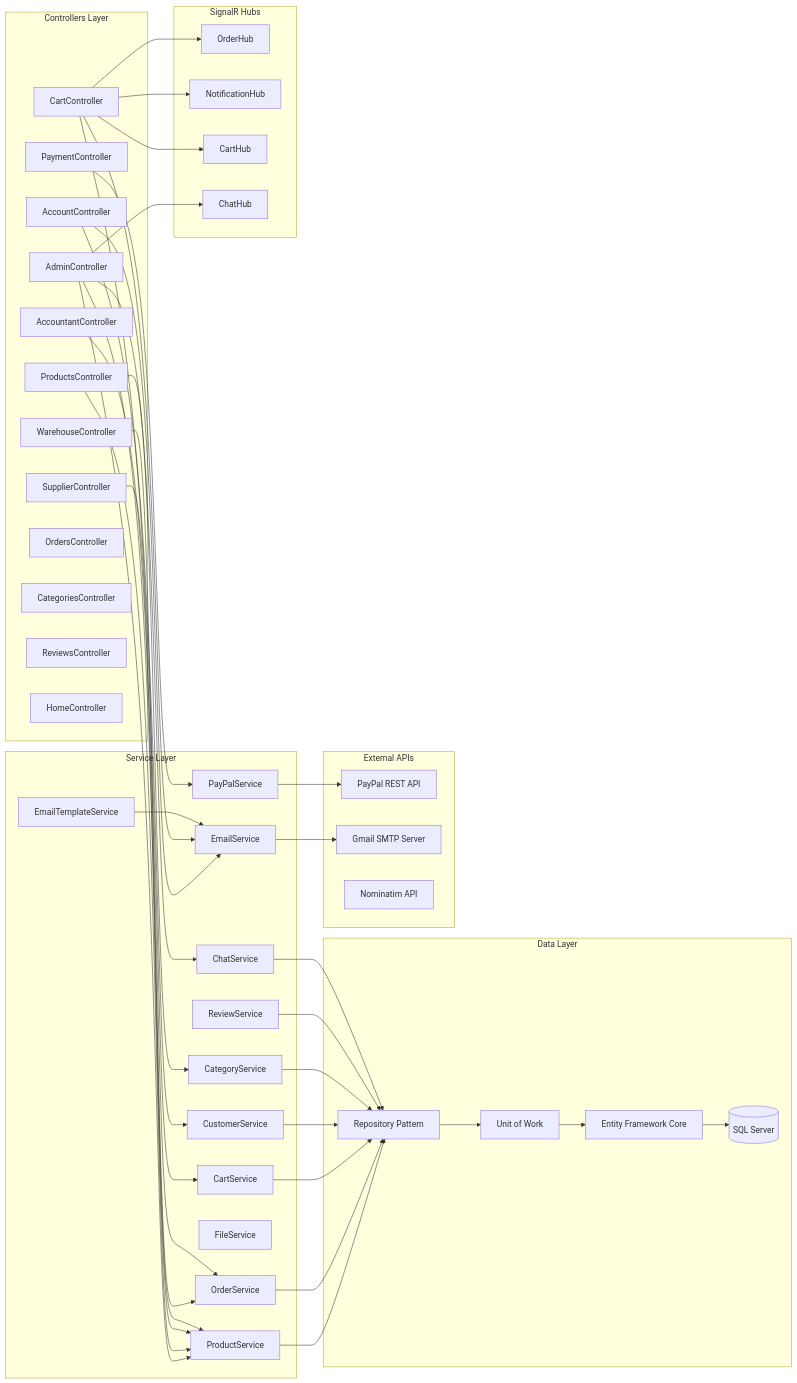
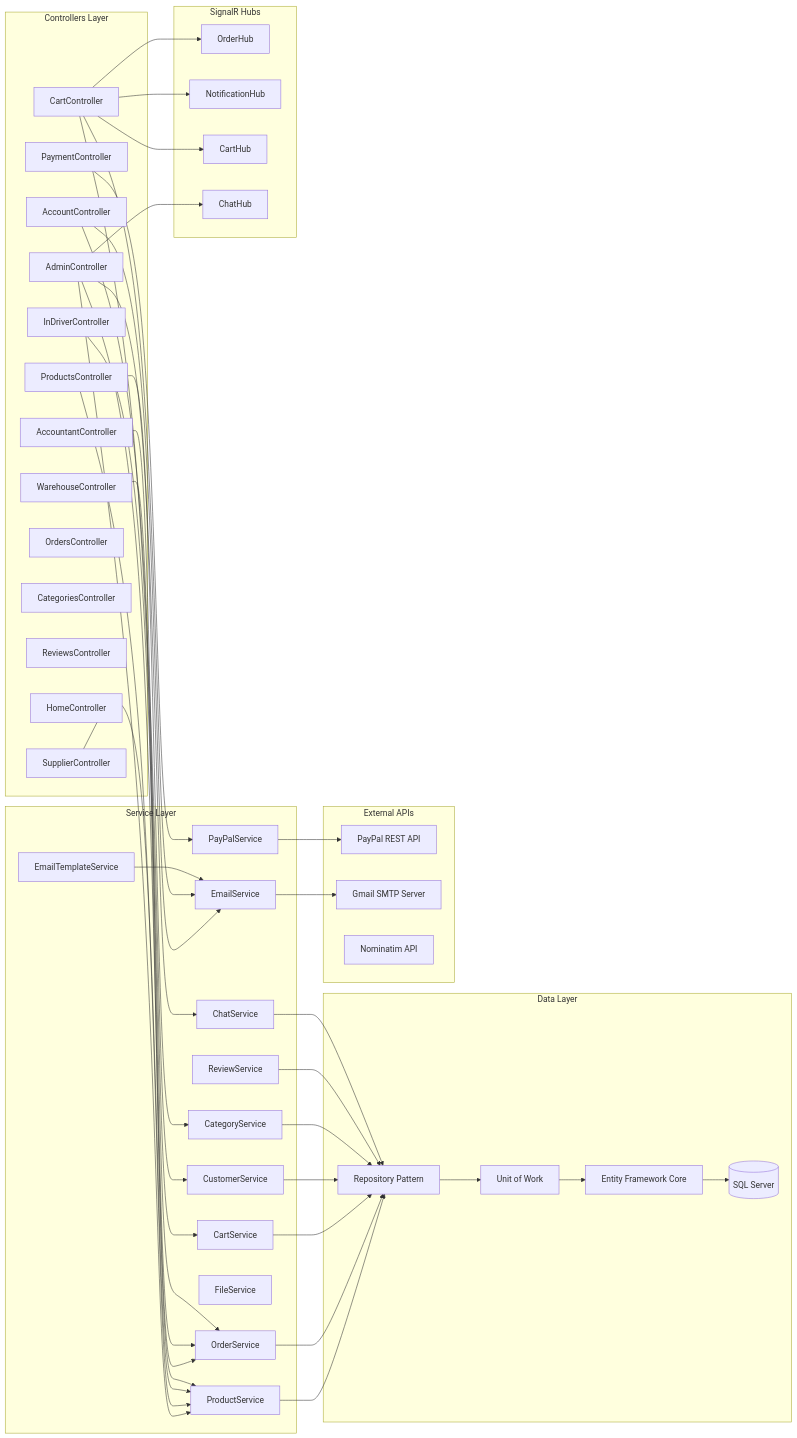
The second of 7 diagrams in README.md (Ahmedramzysaid/StoreWave), drawn with Mermaid before and after one commit. The commit also changed other lines of this file and 105 other files, not shown here.

```diff
--- a/README.md
+++ b/README.md
@@ -188,6 +199,7 @@
         C10[CategoriesController]
         C11[ReviewsController]
         C12[HomeController]
+        C13[InDriverController]
     end
 
     subgraph "Service Layer"
@@ -237,6 +249,7 @@
     C6 --> S10
     C7 --> S1
     C8 --> S1
+    C13 --> S2
 
     S1 --> R1
     S2 --> R1
```
